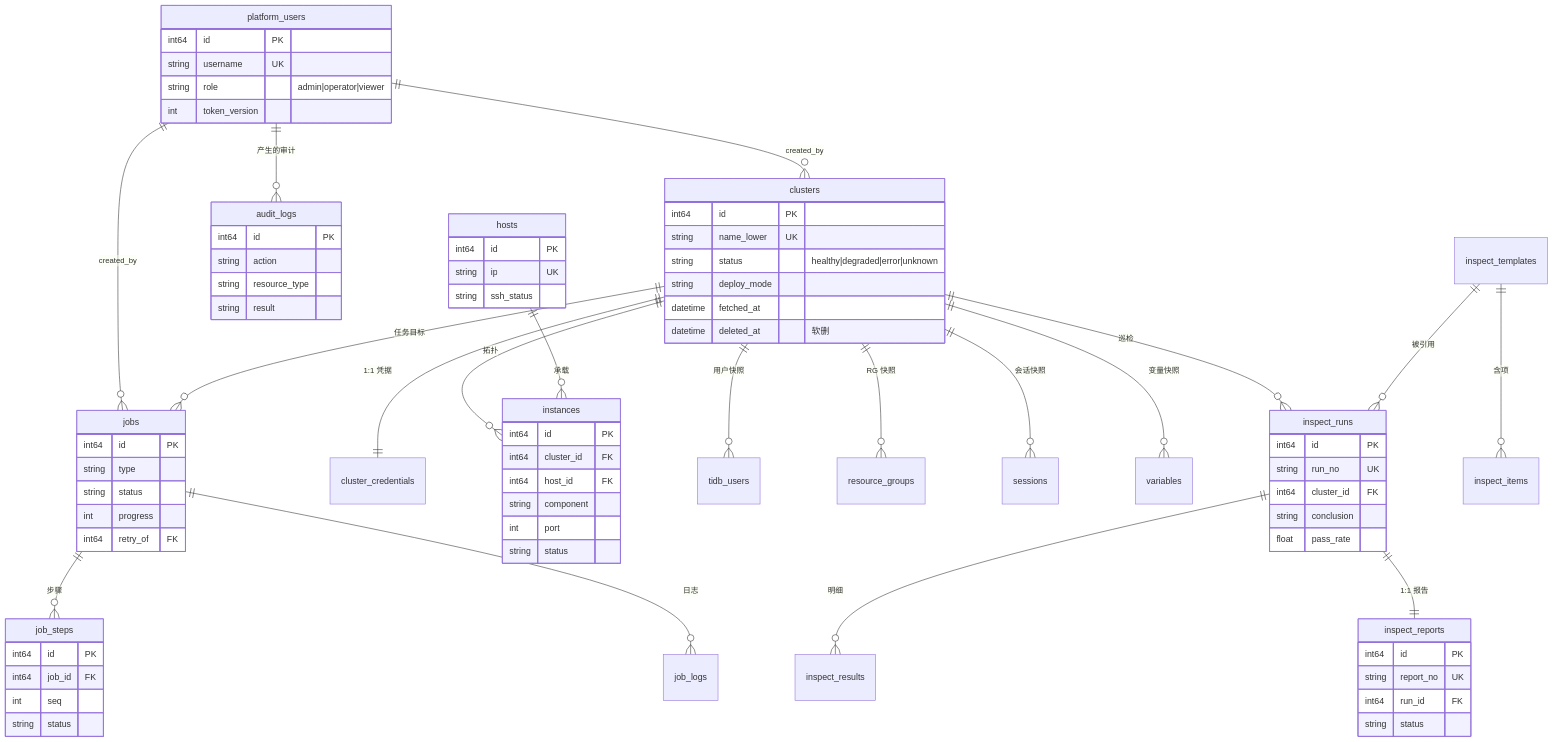
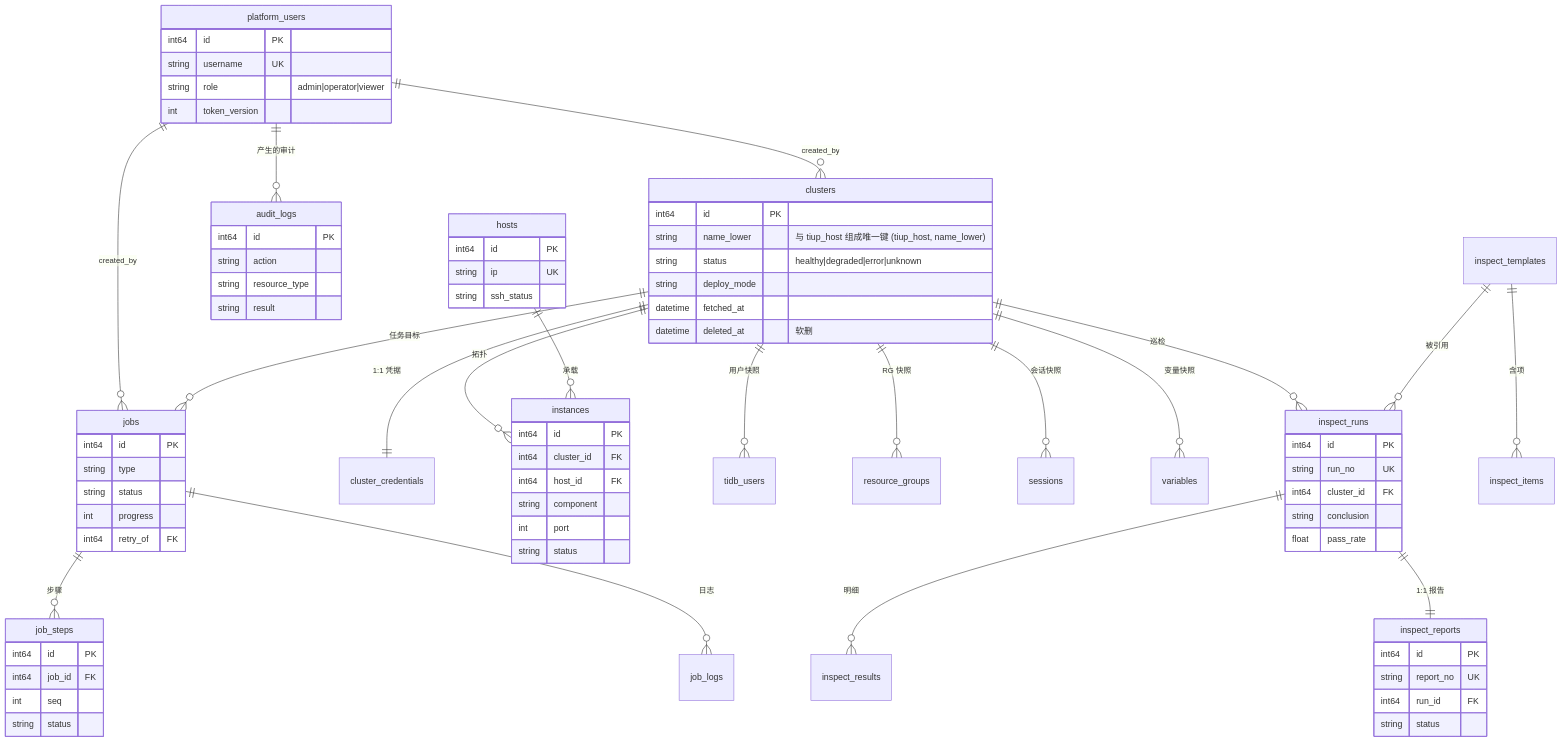
The second of 5 diagrams in docs/ARCHITECTURE.md (Win-Man/tmp-platform), drawn with Mermaid before and after one commit. The commit also changed other lines of this file and 59 other files, not shown here.

````diff
--- a/docs/ARCHITECTURE.md
+++ b/docs/ARCHITECTURE.md
@@ -623,81 +628,81 @@
 ```mermaid
 erDiagram
   platform_users ||--o{ clusters : "created_by"
   platform_users ||--o{ jobs : "created_by"
   platform_users ||--o{ audit_logs : "产生的审计"
   clusters ||--|| cluster_credentials : "1:1 凭据"
   clusters ||--o{ instances : "拓扑"
   clusters ||--o{ tidb_users : "用户快照"
   clusters ||--o{ resource_groups : "RG 快照"
   clusters ||--o{ sessions : "会话快照"
   clusters ||--o{ variables : "变量快照"
   clusters ||--o{ jobs : "任务目标"
   clusters ||--o{ inspect_runs : "巡检"
   hosts ||--o{ instances : "承载"
   jobs ||--o{ job_steps : "步骤"
   jobs ||--o{ job_logs : "日志"
   inspect_templates ||--o{ inspect_items : "含项"
   inspect_templates ||--o{ inspect_runs : "被引用"
   inspect_runs ||--o{ inspect_results : "明细"
   inspect_runs ||--|| inspect_reports : "1:1 报告"
 
   platform_users {
     int64 id PK
     string username UK
     string role "admin|operator|viewer"
     int token_version
   }
   clusters {
     int64 id PK
-    string name_lower UK
+    string name_lower "与 tiup_host 组成唯一键 (tiup_host, name_lower)"
     string status "healthy|degraded|error|unknown"
     string deploy_mode
     datetime fetched_at
     datetime deleted_at "软删"
   }
   instances {
     int64 id PK
     int64 cluster_id FK
     int64 host_id FK
     string component
     int port
     string status
   }
   hosts {
     int64 id PK
     string ip UK
     string ssh_status
   }
   jobs {
     int64 id PK
     string type
     string status
     int progress
     int64 retry_of FK
   }
   job_steps {
     int64 id PK
     int64 job_id FK
     int seq
     string status
   }
   inspect_runs {
     int64 id PK
     string run_no UK
     int64 cluster_id FK
     string conclusion
     float pass_rate
   }
   inspect_reports {
     int64 id PK
     string report_no UK
     int64 run_id FK
     string status
   }
   audit_logs {
     int64 id PK
     string action
     string resource_type
     string result
   }
 ```
````
